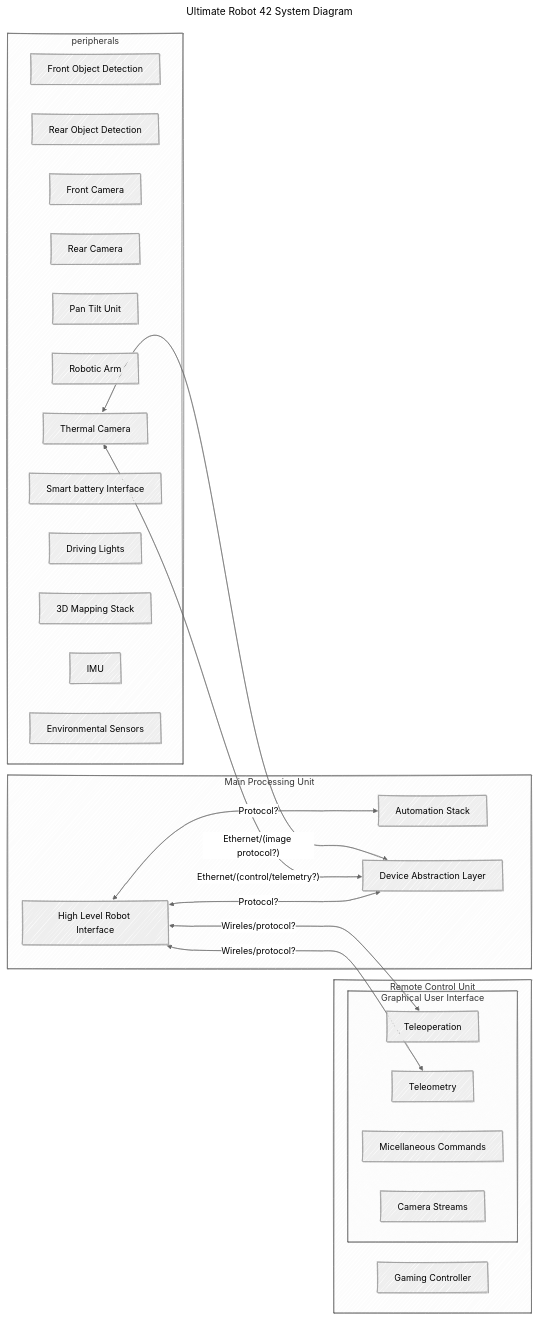
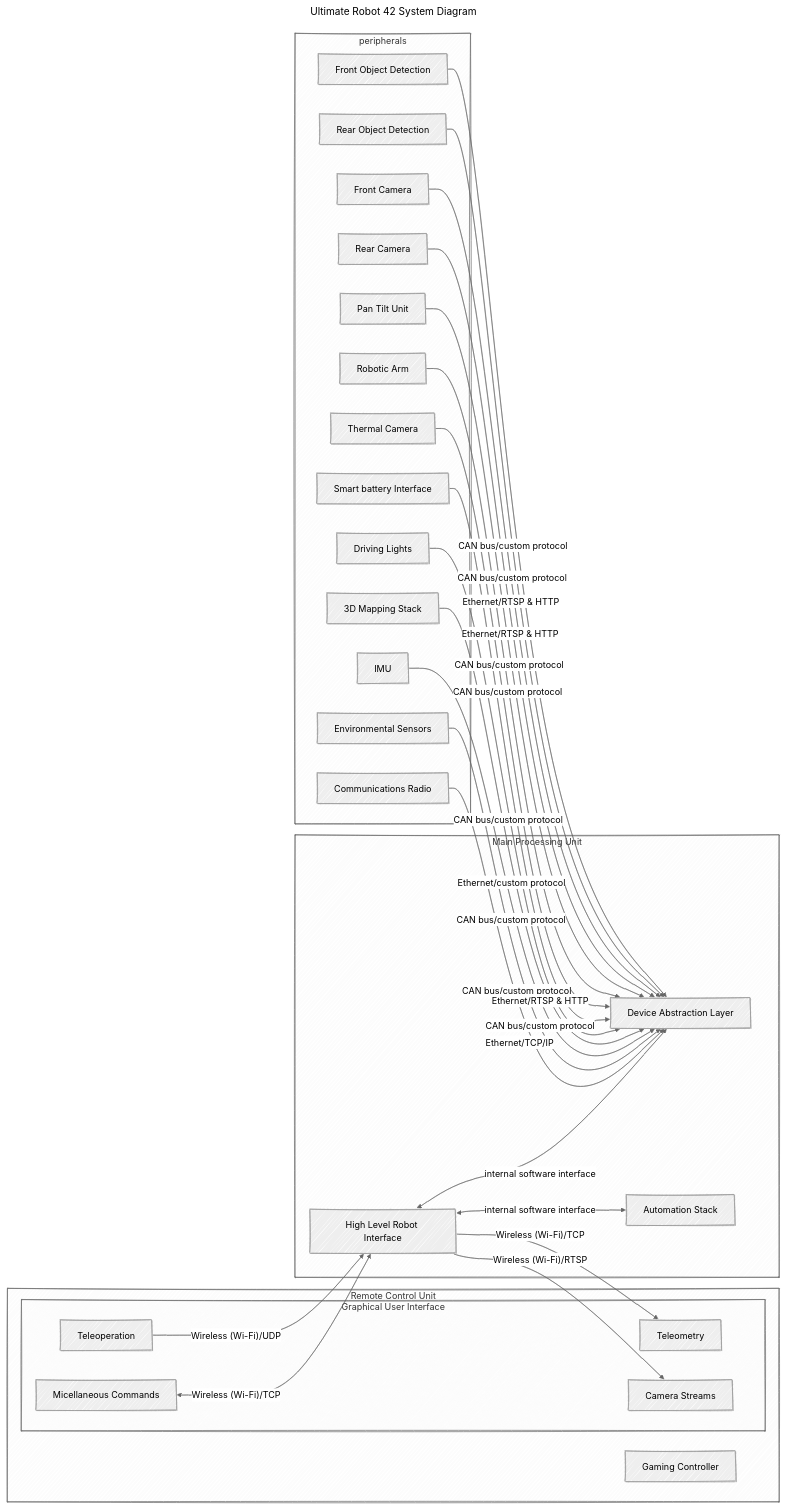
One commit to Ross-Robotics/andreas_sw_engineering_technical_assessment changed the diagram in c_system_design/system_overview.md. Above: the diagram before and after it, drawn with Mermaid. The commit also changed other lines of this file, not shown here.

Commit message:
Completed Task C * Completed the mermaid psuedocode and filled in a summary with a table describing the protocols used to answer this system design question.

````diff
--- a/c_system_design/system_overview.md
+++ b/c_system_design/system_overview.md
@@ -70,54 +100,67 @@
 ```mermaid
 ---
 title: Ultimate Robot 42 System Diagram
 config:
   look: handDrawn
   theme: neutral
 ---
 flowchart LR
   subgraph Remote Control Unit
     subgraph Graphical User Interface
       teleop["Teleoperation"]
       teleme["Teleometry"]
       misccom["Micellaneous Commands"]
       camstr["Camera Streams"]
     end
     gco["Gaming Controller"]
   end
     subgraph Main Processing Unit
     as["Automation Stack"]
     dal["Device Abstraction Layer"]
     hlri["High Level Robot Interface"]
   end
   subgraph peripherals
     fod["Front Object Detection"]
     rod["Rear Object Detection"]
     fc["Front Camera"]
     rc["Rear Camera"]
     ptu["Pan Tilt Unit"]
     ra["Robotic Arm"]
     tc["Thermal Camera"]
     smba["Smart battery Interface"]
     dl["Driving Lights"]
     3dmap["3D Mapping Stack"]
     imu["IMU"]
     es["Environmental Sensors"]
+    comradio["Communications Radio"]
   end
 
-  %% Example of some of the desired connections.
-  %% For each of the connections propose a physical layer for the communications and if needed a protocol.
+  %% Peripherals to DAL
+  fod -->|"CAN bus/custom protocol"| dal
+  rod -->|"CAN bus/custom protocol"| dal
+  ptu -->|"CAN bus/custom protocol"| dal
+  ra -->|"CAN bus/custom protocol"| dal
+  smba -->|"CAN bus/custom protocol"| dal
+  dl -->|"CAN bus/custom protocol"| dal
+  imu -->|"CAN bus/custom protocol"| dal
+  es -->|"CAN bus/custom protocol"| dal
+  fc -->|"Ethernet/RTSP & HTTP"| dal
+  rc -->|"Ethernet/RTSP & HTTP"| dal
+  tc -->|"Ethernet/RTSP & HTTP"| dal
+  3dmap -->|"Ethernet/custom protocol"| dal
+  comradio -->|"Ethernet/TCP/IP"| dal
 
-  %% Data connections for peripherals to MPU with relevant communications layer and protocol
-  tc<--"Ethernet/(image protocol?)"-->dal
-  tc<--"Ethernet/(control/telemetry?)"-->dal
+  %% Internal MPU connections
+  hlri <-->|"internal software interface"| dal
+  hlri <-->|"internal software interface"| as
 
-  %% Data connections for MPU to RCU with relevant
-  hlri<--"Wireles/protocol?"-->teleop
-  hlri<--"Wireles/protocol?"-->teleme
+  %% MPU to RCU connections
+  teleop -->|"Wireless (Wi-Fi)/UDP"| hlri
+  hlri -->|"Wireless (Wi-Fi)/TCP"| teleme
+  hlri -->|"Wireless (Wi-Fi)/RTSP"| camstr
+  misccom <-->|"Wireless (Wi-Fi)/TCP"| hlri
 
-
-  %% Internal MPU data connections
-  hlri<--"Protocol?"-->dal
-  hlri<--"Protocol?"-->as
-
+  %% Note
+  %% The wireless connections are facilitated by the Communications Radio peripheral
+  %% P.S. First time using mermaid, quite cool.
 ```
````
